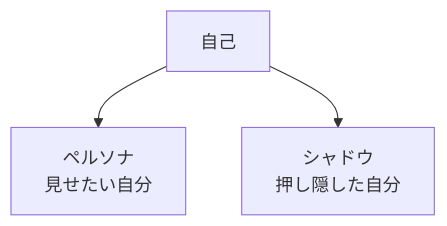
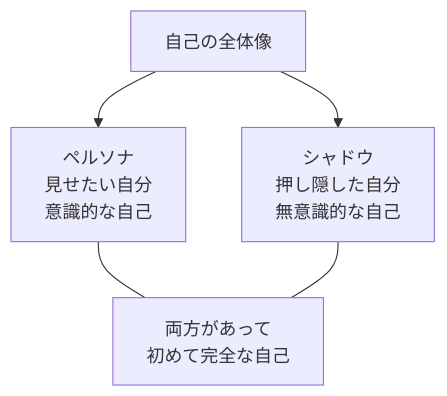
Before and after one commit to tndg16-bot/portfolio-site: the first of 6 diagrams in content/blog/284-shadow-integration-self-acceptance.md, drawn with Mermaid. The commit also changed other lines of this file and 19 other files, not shown here.

````diff
--- a/content/blog/284-shadow-integration-self-acceptance.md
+++ b/content/blog/284-shadow-integration-self-acceptance.md
@@ -41,6 +35,9 @@
 ```mermaid
 graph TD
-    A[自己]
-    A --> B[ペルソナ<br/>見せたい自分]
-    A --> C[シャドウ<br/>押し隠した自分]
+    A[自己の全体像]
+    A --> B[ペルソナ<br/>見せたい自分<br/>意識的な自己]
+    A --> C[シャドウ<br/>押し隠した自分<br/>無意識的な自己]
+    
+    B --- D[両方があって<br/>初めて完全な自己]
+    C --- D
 ```
````
